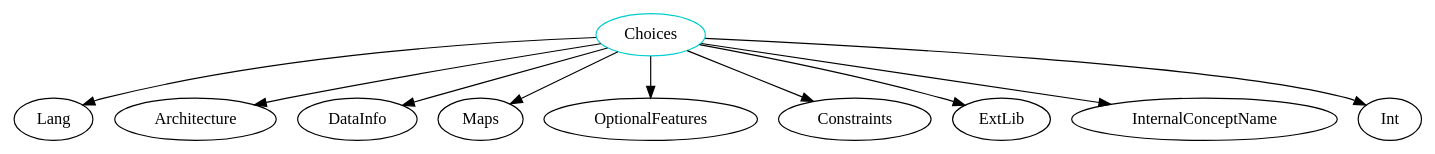
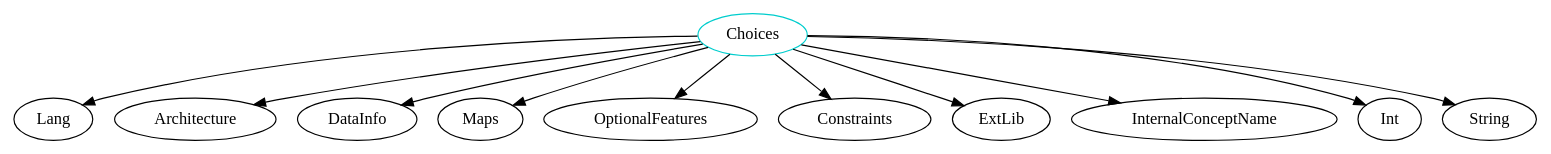
The diagram in analysis/TypeDependencyGraphs/code/Choices.dot (JacquesCarette/Drasil), drawn with Graphviz before and after one commit. The commit also changed 488 other files, not shown here.

```diff
--- a/analysis/TypeDependencyGraphs/code/Choices.dot
+++ b/analysis/TypeDependencyGraphs/code/Choices.dot
@@ -1,12 +1,13 @@
 digraph choices{
 Choices	[shape=oval, color=cyan3, label="Choices"];
 Choices -> Lang;
 Choices -> Architecture;
 Choices -> DataInfo;
 Choices -> Maps;
 Choices -> OptionalFeatures;
 Choices -> Constraints;
 Choices -> ExtLib;
 Choices -> InternalConceptName;
 Choices -> Int;
+Choices -> String;
 }
```
